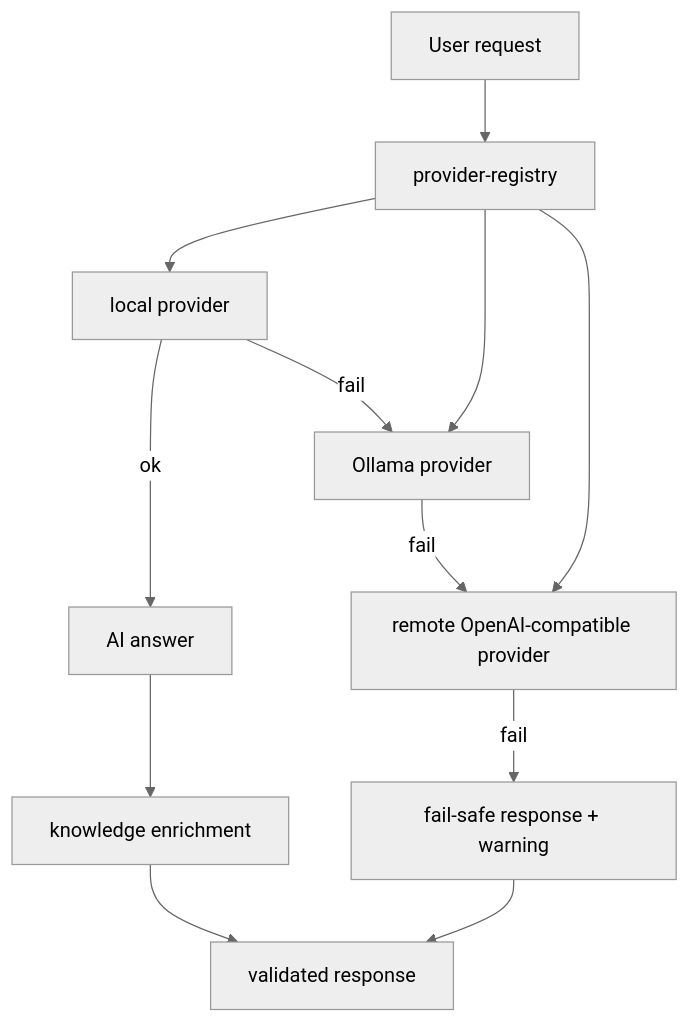
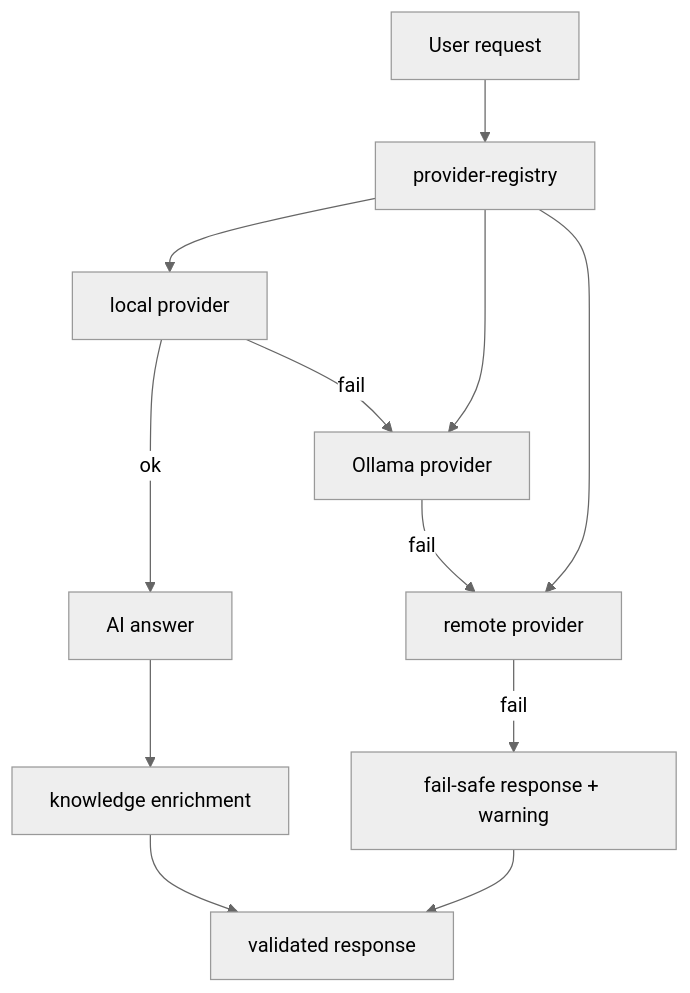
Diagram 13 of 16 in README.md (d4551/tea), drawn with Mermaid (neutral theme) before and after one commit. The commit also changed other lines of this file and 2 other files, not shown here.

````diff
--- a/README.md
+++ b/README.md
@@ -542,14 +670,14 @@
 ```mermaid
 flowchart TD
   U["User request"] --> P["provider-registry"]
   P --> L["local provider"]
   P --> O["Ollama provider"]
-  P --> R["remote OpenAI-compatible provider"]
+  P --> R["remote provider"]
   L -->|ok| S["AI answer"]
   L -->|fail| O
   O -->|fail| R
   R -->|fail| F["fail-safe response + warning"]
   S --> K["knowledge enrichment"]
   K --> V["validated response"]
   F --> V
 ```
````
